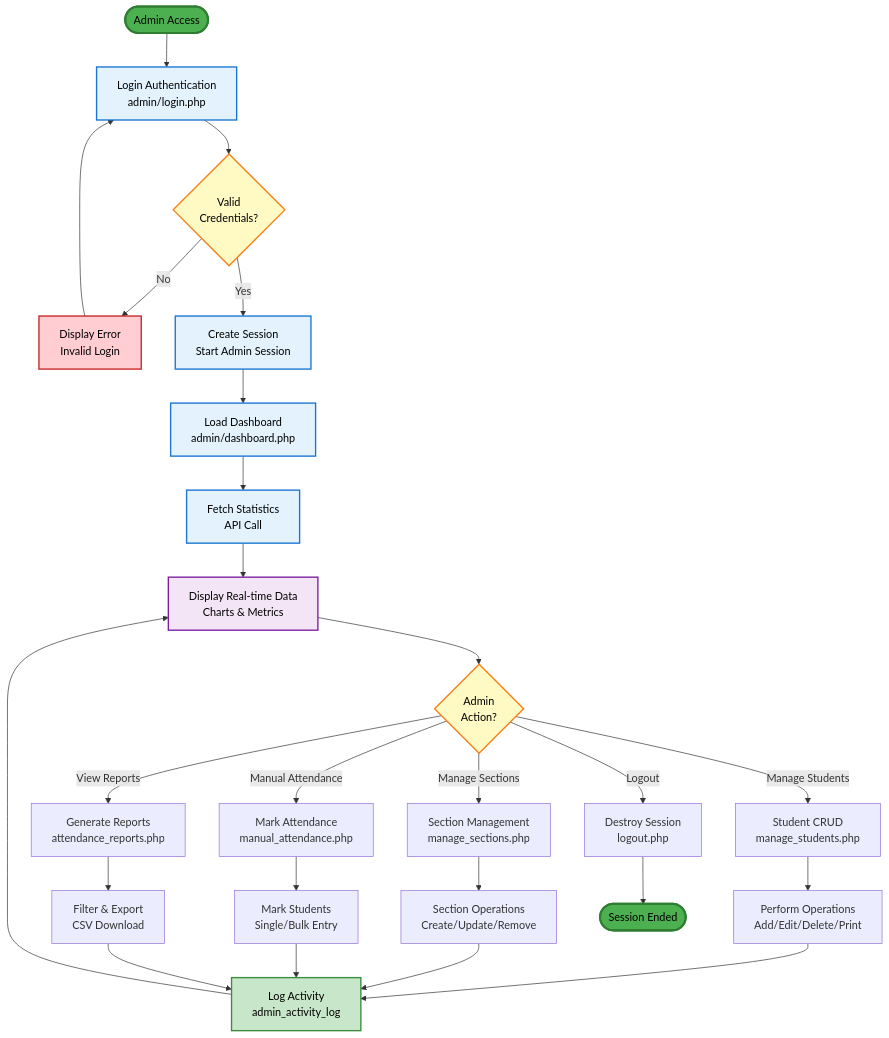
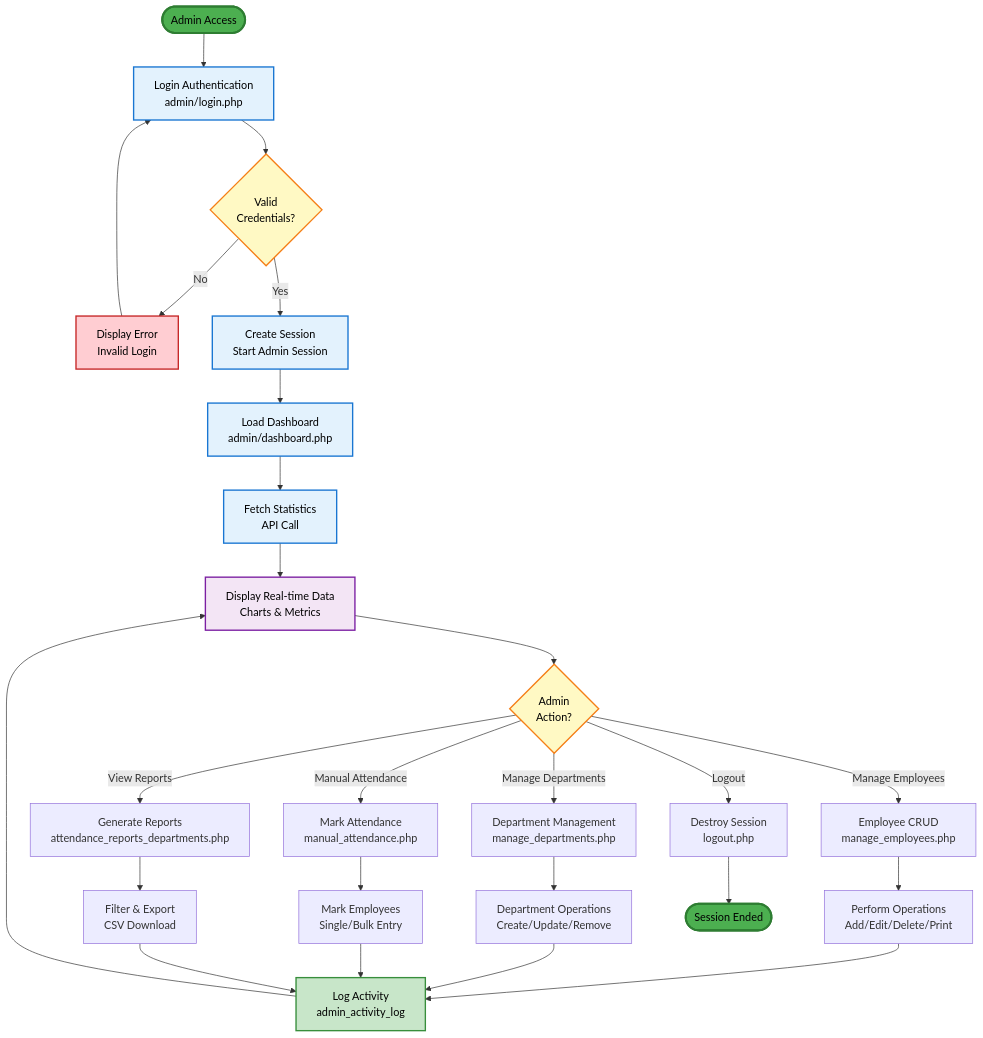
One commit to TsmHabib03/EAT changed the fifth of 8 diagrams in GENERAL_PROCEDURE_FLOWCHART.md. Above: the diagram before and after it, drawn with Mermaid. The commit also changed other lines of this file and 64 other files, not shown here.

````diff
--- a/GENERAL_PROCEDURE_FLOWCHART.md
+++ b/GENERAL_PROCEDURE_FLOWCHART.md
@@ -212,50 +212,50 @@
 ```mermaid
 flowchart TD
     Start([Admin Access]) --> A[Login Authentication<br/>admin/login.php]
     
     A --> B{Valid<br/>Credentials?}
     
     B -->|No| C[Display Error<br/>Invalid Login]
     B -->|Yes| D[Create Session<br/>Start Admin Session]
     
     C --> A
     
     D --> E[Load Dashboard<br/>admin/dashboard.php]
     
     E --> F[Fetch Statistics<br/>API Call]
     
     F --> G[Display Real-time Data<br/>Charts & Metrics]
     
     G --> H{Admin<br/>Action?}
     
-    H -->|Manage Students| I[Student CRUD<br/>manage_students.php]
-    H -->|Manage Sections| J[Section Management<br/>manage_sections.php]
+    H -->|Manage Employees| I[Employee CRUD<br/>manage_employees.php]
+    H -->|Manage Departments| J[Department Management<br/>manage_departments.php]
     H -->|Manual Attendance| K[Mark Attendance<br/>manual_attendance.php]
-    H -->|View Reports| L[Generate Reports<br/>attendance_reports.php]
+    H -->|View Reports| L[Generate Reports<br/>attendance_reports_departments.php]
     H -->|Logout| M[Destroy Session<br/>logout.php]
     
     I --> N[Perform Operations<br/>Add/Edit/Delete/Print]
-    J --> O[Section Operations<br/>Create/Update/Remove]
-    K --> P[Mark Students<br/>Single/Bulk Entry]
+    J --> O[Department Operations<br/>Create/Update/Remove]
+    K --> P[Mark Employees<br/>Single/Bulk Entry]
     L --> Q[Filter & Export<br/>CSV Download]
     
     N --> R[Log Activity<br/>admin_activity_log]
     O --> R
     P --> R
     Q --> R
     
     R --> G
     M --> End([Session Ended])
     
     style Start fill:#4CAF50,stroke:#2E7D32,stroke-width:3px,color:#000
     style End fill:#4CAF50,stroke:#2E7D32,stroke-width:3px,color:#000
     style B fill:#FFF9C4,stroke:#F57F17,stroke-width:2px,color:#000
     style H fill:#FFF9C4,stroke:#F57F17,stroke-width:2px,color:#000
     style C fill:#FFCDD2,stroke:#C62828,stroke-width:2px,color:#000
     style A fill:#E3F2FD,stroke:#1976D2,stroke-width:2px,color:#000
     style D fill:#E3F2FD,stroke:#1976D2,stroke-width:2px,color:#000
     style E fill:#E3F2FD,stroke:#1976D2,stroke-width:2px,color:#000
     style F fill:#E3F2FD,stroke:#1976D2,stroke-width:2px,color:#000
     style G fill:#F3E5F5,stroke:#7B1FA2,stroke-width:2px,color:#000
     style R fill:#C8E6C9,stroke:#388E3C,stroke-width:2px,color:#000
 ```
````
